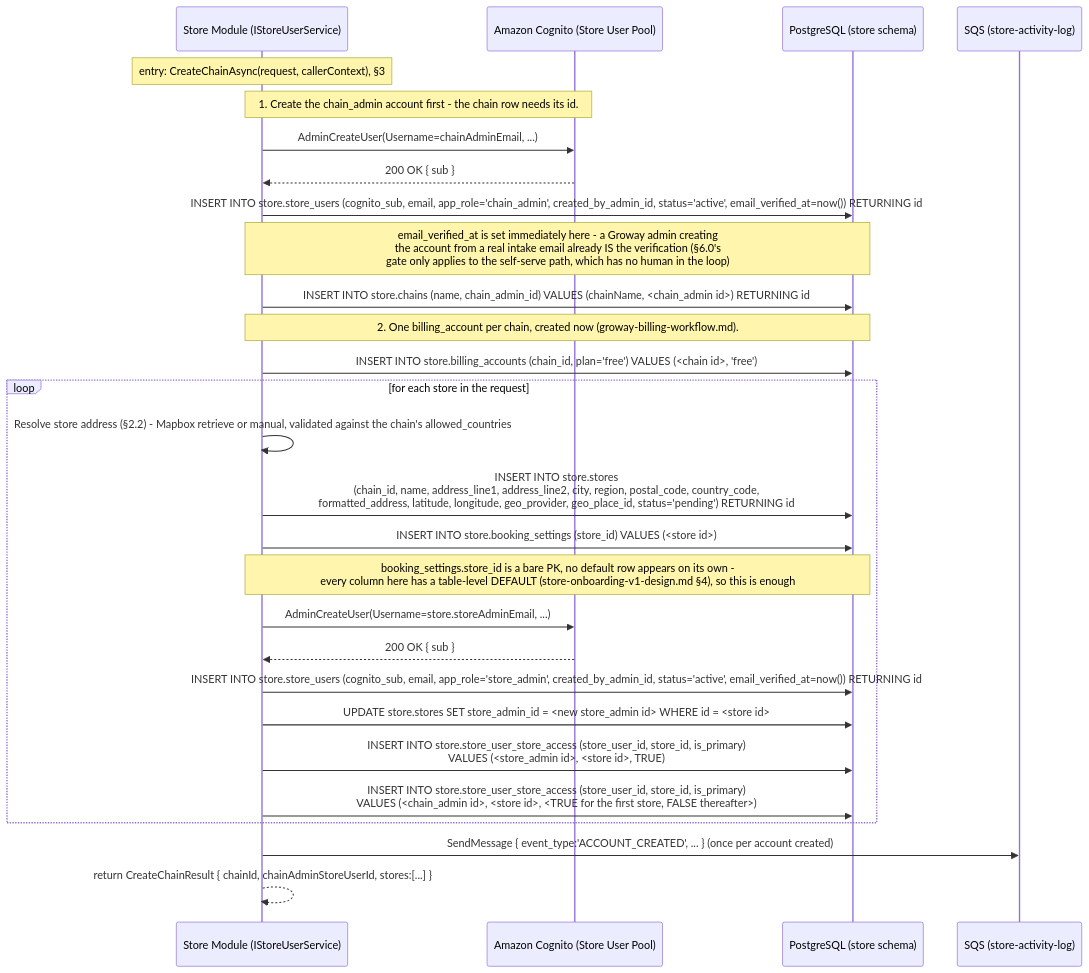
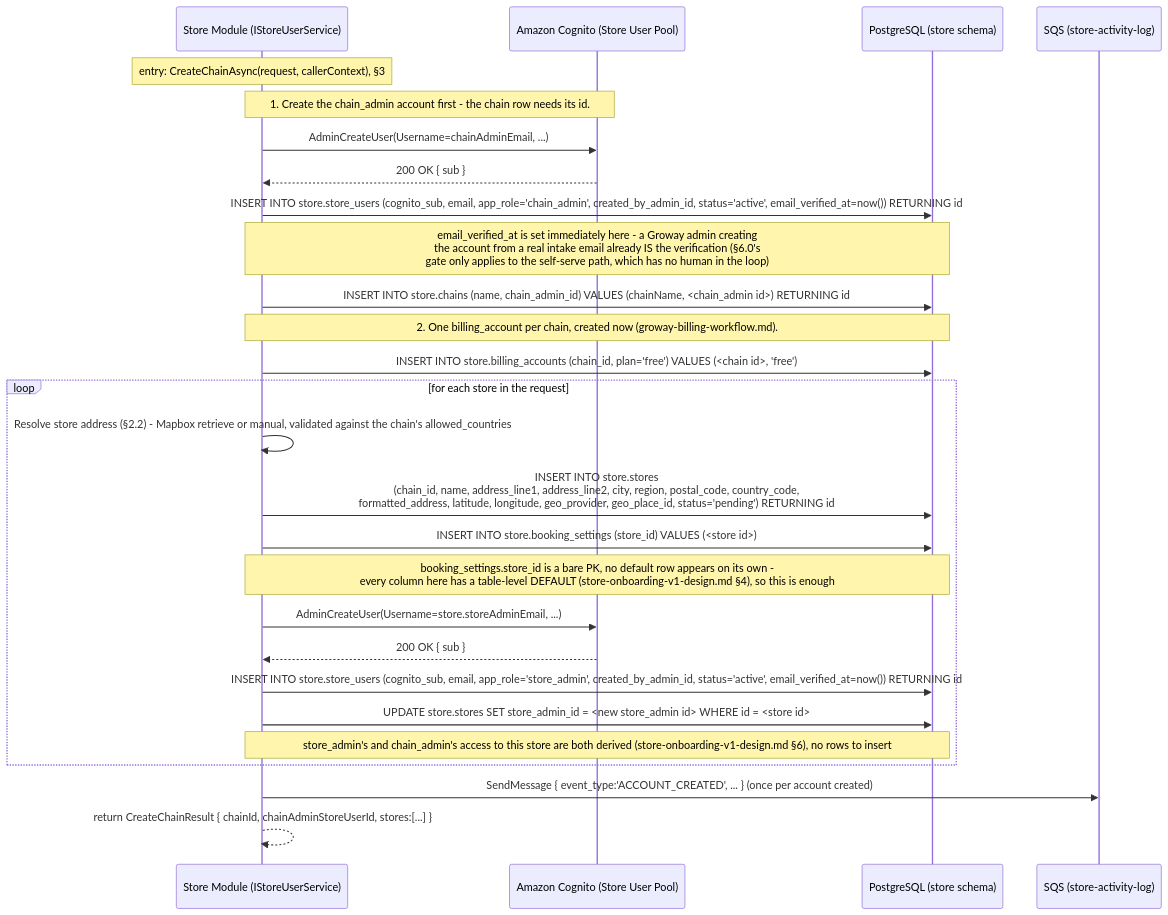
One commit to szhanggit/appointmentsystemdesign changed the fifth of 14 diagrams in usercasestudy/growayshop-registration-workflow.md. Above: the diagram before and after it, drawn with Mermaid. The commit also changed other lines of this file and 4 other files, not shown here.

````diff
--- a/usercasestudy/growayshop-registration-workflow.md
+++ b/usercasestudy/growayshop-registration-workflow.md
@@ -392,36 +376,35 @@
 ```mermaid
 sequenceDiagram
     participant SM as Store Module (IStoreUserService)
     participant SCOG as Amazon Cognito (Store User Pool)
     participant DB as PostgreSQL (store schema)
     participant SQSQ as SQS (store-activity-log)
 
     Note over SM: entry: CreateChainAsync(request, callerContext), §3
 
     Note over SM,SCOG: 1. Create the chain_admin account first - the chain row needs its id.
     SM->>SCOG: AdminCreateUser(Username=chainAdminEmail, ...)
     SCOG-->>SM: 200 OK { sub }
     SM->>DB: INSERT INTO store.store_users (cognito_sub, email, app_role='chain_admin', created_by_admin_id, status='active', email_verified_at=now()) RETURNING id
     Note over SM,DB: email_verified_at is set immediately here - a Groway admin creating<br/>the account from a real intake email already IS the verification (§6.0's<br/>gate only applies to the self-serve path, which has no human in the loop)
 
     SM->>DB: INSERT INTO store.chains (name, chain_admin_id) VALUES (chainName, <chain_admin id>) RETURNING id
 
     Note over SM,DB: 2. One billing_account per chain, created now (groway-billing-workflow.md).
     SM->>DB: INSERT INTO store.billing_accounts (chain_id, plan='free') VALUES (<chain id>, 'free')
 
     loop for each store in the request
         SM->>SM: Resolve store address (§2.2) - Mapbox retrieve or manual, validated against the chain's allowed_countries
         SM->>DB: INSERT INTO store.stores<br/>(chain_id, name, address_line1, address_line2, city, region, postal_code, country_code,<br/>formatted_address, latitude, longitude, geo_provider, geo_place_id, status='pending') RETURNING id
         SM->>DB: INSERT INTO store.booking_settings (store_id) VALUES (<store id>)
         Note over SM,DB: booking_settings.store_id is a bare PK, no default row appears on its own -<br/>every column here has a table-level DEFAULT (store-onboarding-v1-design.md §4), so this is enough
         SM->>SCOG: AdminCreateUser(Username=store.storeAdminEmail, ...)
         SCOG-->>SM: 200 OK { sub }
         SM->>DB: INSERT INTO store.store_users (cognito_sub, email, app_role='store_admin', created_by_admin_id, status='active', email_verified_at=now()) RETURNING id
         SM->>DB: UPDATE store.stores SET store_admin_id = <new store_admin id> WHERE id = <store id>
-        SM->>DB: INSERT INTO store.store_user_store_access (store_user_id, store_id, is_primary)<br/>VALUES (<store_admin id>, <store id>, TRUE)
-        SM->>DB: INSERT INTO store.store_user_store_access (store_user_id, store_id, is_primary)<br/>VALUES (<chain_admin id>, <store id>, <TRUE for the first store, FALSE thereafter>)
+        Note over SM,DB: store_admin's and chain_admin's access to this store are both derived (store-onboarding-v1-design.md §6), no rows to insert
     end
 
     SM->>SQSQ: SendMessage { event_type:'ACCOUNT_CREATED', ... } (once per account created)
     SM-->>SM: return CreateChainResult { chainId, chainAdminStoreUserId, stores:[...] }
 ```
````
